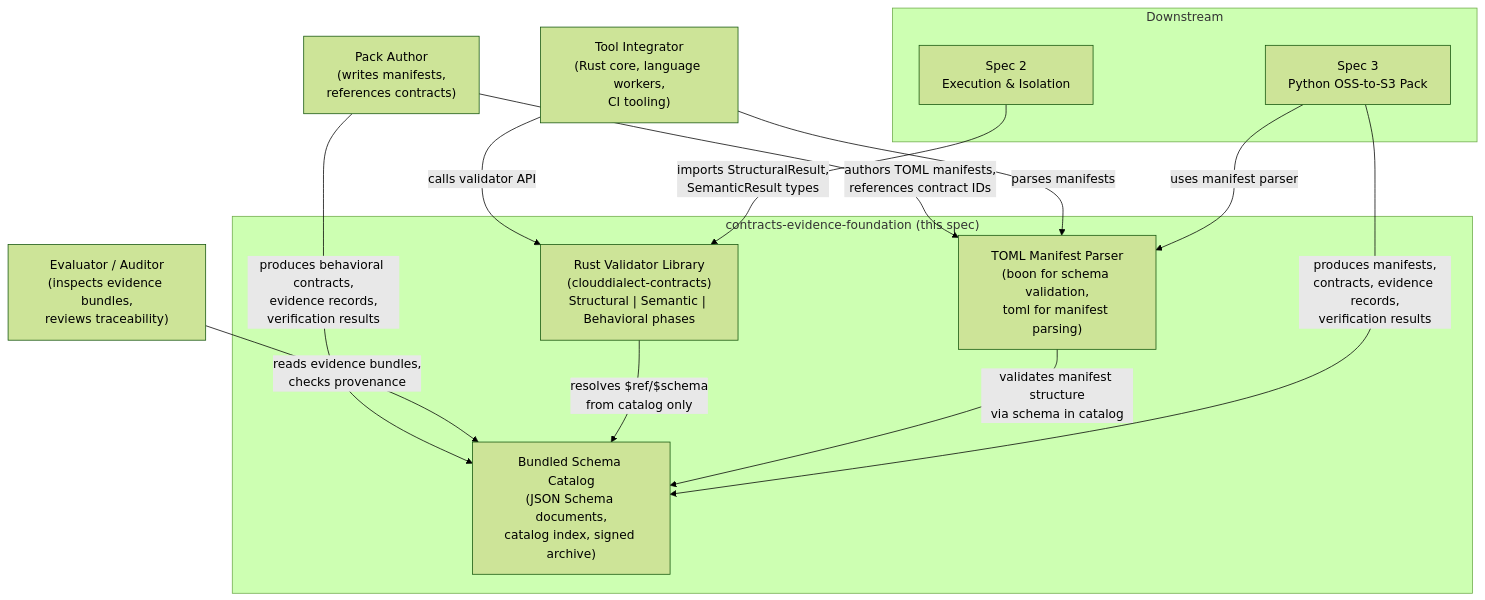
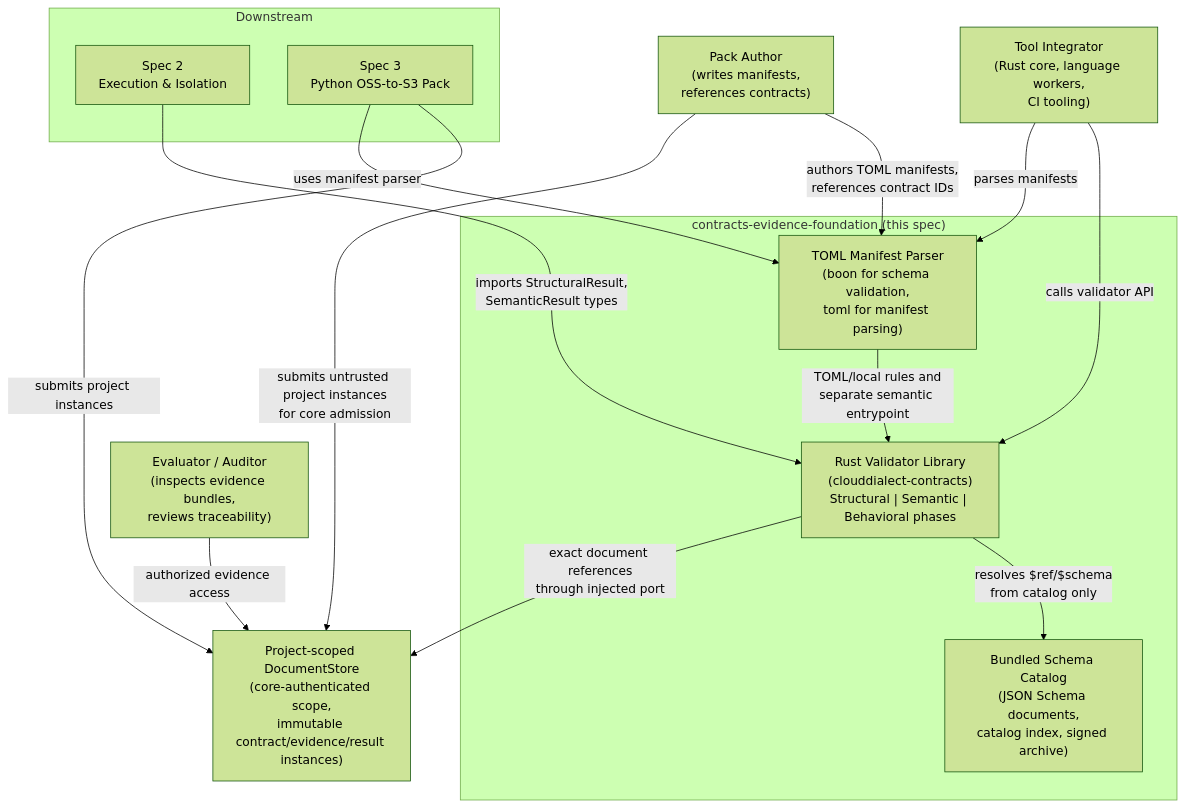
One commit to VincentChuWaiChow/CloudDialect changed the first of 5 diagrams in .kiro/specs/contracts-evidence-foundation/design.md. Above: the diagram before and after it, drawn with Mermaid (forest theme). The commit also changed other lines of this file and 57 other files, not shown here.

````diff
--- a/.kiro/specs/contracts-evidence-foundation/design.md
+++ b/.kiro/specs/contracts-evidence-foundation/design.md
@@ -73,32 +80,34 @@
 ```mermaid
 graph TD
     PA["Pack Author\n(writes manifests,\nreferences contracts)"]
     TI["Tool Integrator\n(Rust core, language workers,\nCI tooling)"]
     EA["Evaluator / Auditor\n(inspects evidence bundles,\nreviews traceability)"]
+    DS["Project-scoped DocumentStore\n(core-authenticated scope,\nimmutable contract/evidence/result instances)"]
 
     subgraph "contracts-evidence-foundation (this spec)"
         CAT["Bundled Schema Catalog\n(JSON Schema documents,\ncatalog index, signed archive)"]
         VL["Rust Validator Library\n(clouddialect-contracts)\nStructural | Semantic | Behavioral phases"]
         MP["TOML Manifest Parser\n(boon for schema validation,\ntoml for manifest parsing)"]
     end
 
     subgraph "Downstream"
         S2["Spec 2\nExecution & Isolation"]
         S3["Spec 3\nPython OSS-to-S3 Pack"]
     end
 
     PA -- "authors TOML manifests,\nreferences contract IDs" --> MP
-    PA -- "produces behavioral contracts,\nevidence records,\nverification results" --> CAT
+    PA -- "submits untrusted project instances\nfor core admission" --> DS
 
     TI -- "calls validator API" --> VL
     TI -- "parses manifests" --> MP
 
-    EA -- "reads evidence bundles,\nchecks provenance" --> CAT
+    EA -- "authorized evidence access" --> DS
 
     VL -- "resolves $ref/$schema\nfrom catalog only" --> CAT
-    MP -- "validates manifest structure\nvia schema in catalog" --> CAT
+    VL -- "exact document references\nthrough injected port" --> DS
+    MP -- "TOML/local rules and\nseparate semantic entrypoint" --> VL
 
     S2 -- "imports StructuralResult,\nSemanticResult types" --> VL
-    S3 -- "produces manifests,\ncontracts, evidence records,\nverification results" --> CAT
+    S3 -- "submits project instances" --> DS
     S3 -- "uses manifest parser" --> MP
 ```
````
